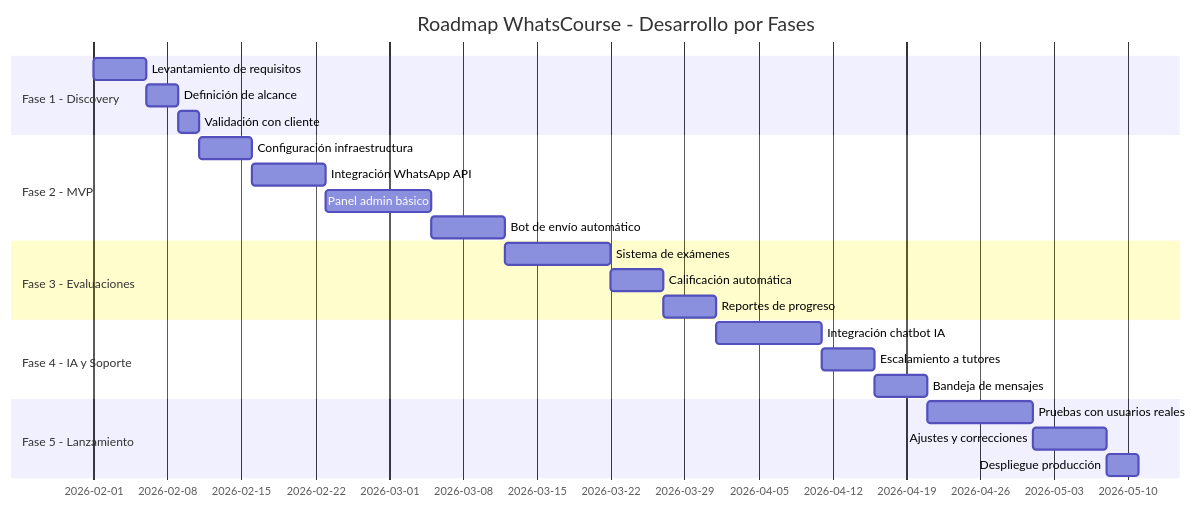
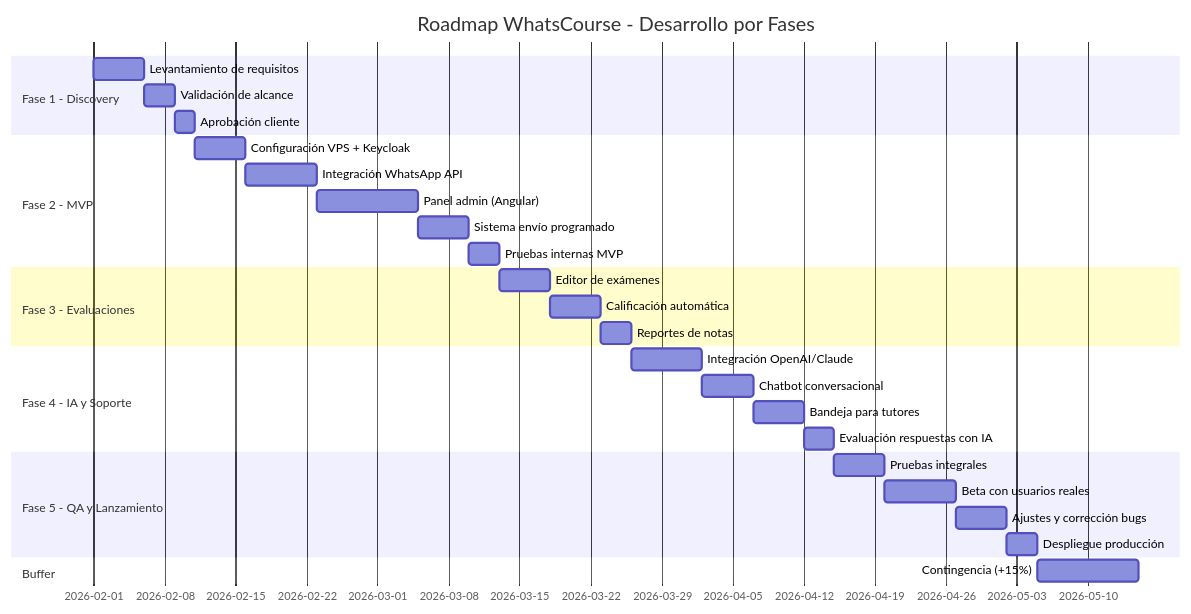
One commit to erikaluciafuertes/Project-Proposals changed the first of 8 diagrams in roadmap.md. Above: the diagram before and after it, drawn with Mermaid. The commit also changed other lines of this file, not shown here.

Commit message:
refinamiento del roadmap con mayor detalle por fase y criterios de éxito

````diff
--- a/roadmap.md
+++ b/roadmap.md
@@ -5,31 +5,37 @@
 ```mermaid
 gantt
     title Roadmap WhatsCourse - Desarrollo por Fases
     dateFormat  YYYY-MM-DD
     
     section Fase 1 - Discovery
     Levantamiento de requisitos      :f1a, 2026-02-01, 5d
-    Definición de alcance            :f1b, after f1a, 3d
-    Validación con cliente           :f1c, after f1b, 2d
+    Validación de alcance            :f1b, after f1a, 3d
+    Aprobación cliente               :f1c, after f1b, 2d
     
     section Fase 2 - MVP
-    Configuración infraestructura    :f2a, after f1c, 5d
+    Configuración VPS + Keycloak     :f2a, after f1c, 5d
     Integración WhatsApp API         :f2b, after f2a, 7d
-    Panel admin básico               :f2c, after f2b, 10d
-    Bot de envío automático          :f2d, after f2c, 7d
+    Panel admin (Angular)            :f2c, after f2b, 10d
+    Sistema envío programado         :f2d, after f2c, 5d
+    Pruebas internas MVP             :f2e, after f2d, 3d
     
     section Fase 3 - Evaluaciones
-    Sistema de exámenes              :f3a, after f2d, 10d
+    Editor de exámenes               :f3a, after f2e, 5d
     Calificación automática          :f3b, after f3a, 5d
-    Reportes de progreso             :f3c, after f3b, 5d
+    Reportes de notas                :f3c, after f3b, 3d
     
     section Fase 4 - IA y Soporte
-    Integración chatbot IA           :f4a, after f3c, 10d
-    Escalamiento a tutores           :f4b, after f4a, 5d
-    Bandeja de mensajes              :f4c, after f4b, 5d
+    Integración OpenAI/Claude        :f4a, after f3c, 7d
+    Chatbot conversacional           :f4b, after f4a, 5d
+    Bandeja para tutores             :f4c, after f4b, 5d
+    Evaluación respuestas con IA     :f4d, after f4c, 3d
     
-    section Fase 5 - Lanzamiento
-    Pruebas con usuarios reales      :f5a, after f4c, 10d
-    Ajustes y correcciones           :f5b, after f5a, 7d
-    Despliegue producción            :f5c, after f5b, 3d
+    section Fase 5 - QA y Lanzamiento
+    Pruebas integrales               :f5a, after f4d, 5d
+    Beta con usuarios reales         :f5b, after f5a, 7d
+    Ajustes y corrección bugs        :f5c, after f5b, 5d
+    Despliegue producción            :f5d, after f5c, 3d
+    
+    section Buffer
+    Contingencia (+15%)              :f6a, after f5d, 10d
 ```
````
